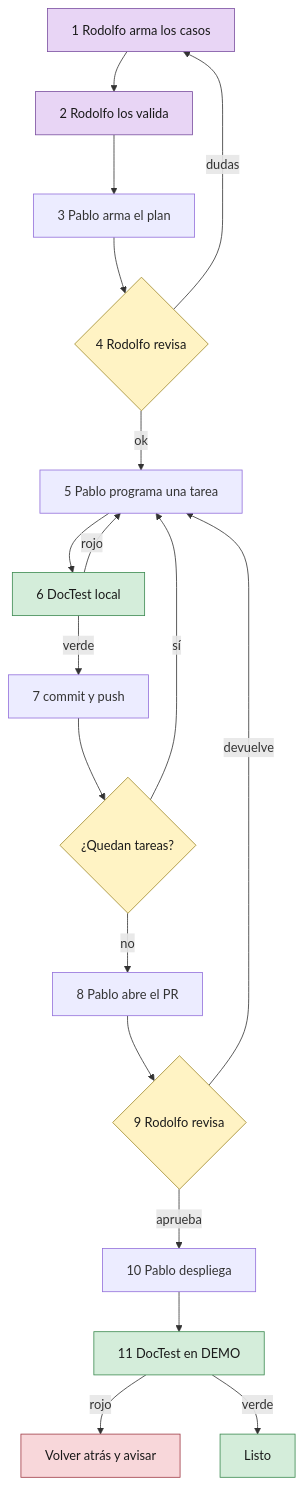
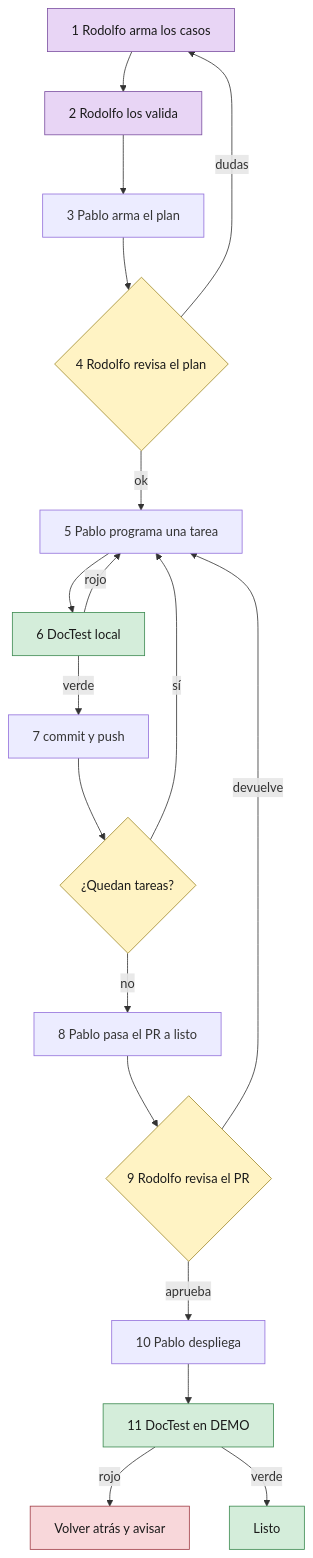
The first of 4 diagrams in doc/metodologia/GUIA_REQUERIMIENTOS_CLAUDE_DEEPSEEK.md (Trazalog/traz-tools), drawn with Mermaid before and after one commit. The commit also changed other lines of this file, not shown here.

First line of the commit message:
docs(metodologia): el plan va en un pull request en borrador y se aprueba con un comentario [DOCTEST-MODOS]

````diff
--- a/doc/metodologia/GUIA_REQUERIMIENTOS_CLAUDE_DEEPSEEK.md
+++ b/doc/metodologia/GUIA_REQUERIMIENTOS_CLAUDE_DEEPSEEK.md
@@ -46,28 +47,28 @@
 ```mermaid
 flowchart TD
   A["1 Rodolfo arma los casos"] --> B["2 Rodolfo los valida"]
   B --> C["3 Pablo arma el plan"]
-  C --> D{"4 Rodolfo revisa"}
+  C --> D{"4 Rodolfo revisa el plan"}
   D -->|dudas| A
   D -->|ok| F["5 Pablo programa una tarea"]
   F --> G["6 DocTest local"]
   G -->|rojo| F
   G -->|verde| H["7 commit y push"]
   H --> I{"¿Quedan tareas?"}
   I -->|sí| F
-  I -->|no| J["8 Pablo abre el PR"]
-  J --> K{"9 Rodolfo revisa"}
+  I -->|no| J["8 Pablo pasa el PR a listo"]
+  J --> K{"9 Rodolfo revisa el PR"}
   K -->|devuelve| F
   K -->|aprueba| L["10 Pablo despliega"]
   L --> M["11 DocTest en DEMO"]
   M -->|rojo| N["Volver atrás y avisar"]
   M -->|verde| O["Listo"]
   classDef rodolfo fill:#e8d5f5,stroke:#7b4fa0,color:#1a1a1a
   classDef decision fill:#fff3c4,stroke:#a08a2a,color:#1a1a1a
   classDef prueba fill:#d4edda,stroke:#3c8a50,color:#1a1a1a
   classDef error fill:#f8d7da,stroke:#a03c46,color:#1a1a1a
   class A,B rodolfo
   class D,K,I decision
   class G,M,O prueba
   class N error
 ```
````
